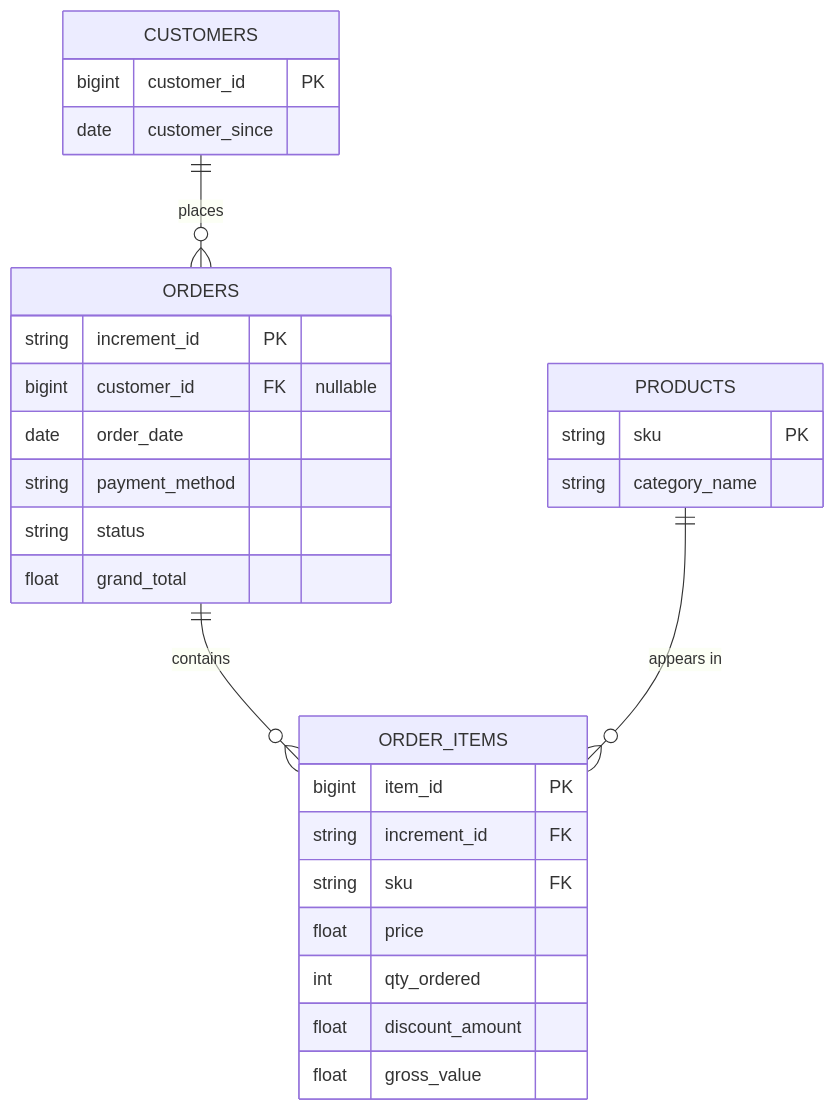
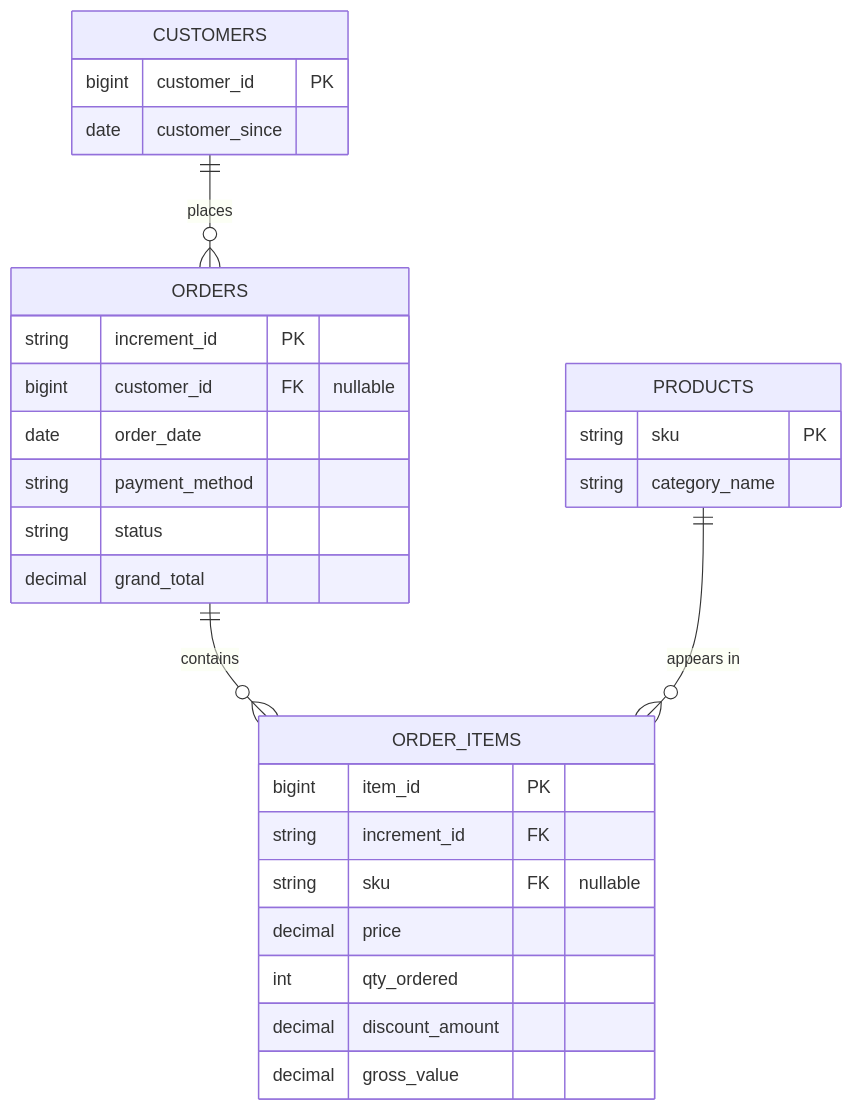
One commit to mykyta-kk/sql-oltp-olap-analysis changed the diagram in README.md. Above: the diagram before and after it, drawn with Mermaid. The commit also changed other lines of this file and 1 other file, not shown here.

Commit message:
Update README: OLTP status and ER diagram types

````diff
--- a/README.md
+++ b/README.md
@@ -41,31 +41,31 @@
 ```mermaid
 erDiagram
   CUSTOMERS ||--o{ ORDERS : places
   ORDERS ||--o{ ORDER_ITEMS : contains
   PRODUCTS ||--o{ ORDER_ITEMS : "appears in"
   CUSTOMERS {
     bigint customer_id PK
     date customer_since
   }
   PRODUCTS {
     string sku PK
     string category_name
   }
   ORDERS {
     string increment_id PK
     bigint customer_id FK "nullable"
     date order_date
     string payment_method
     string status
-    float grand_total
+    decimal grand_total
   }
   ORDER_ITEMS {
     bigint item_id PK
     string increment_id FK
-    string sku FK
-    float price
+    string sku FK "nullable"
+    decimal price
     int qty_ordered
-    float discount_amount
-    float gross_value
+    decimal discount_amount
+    decimal gross_value
   }
 ```
````
